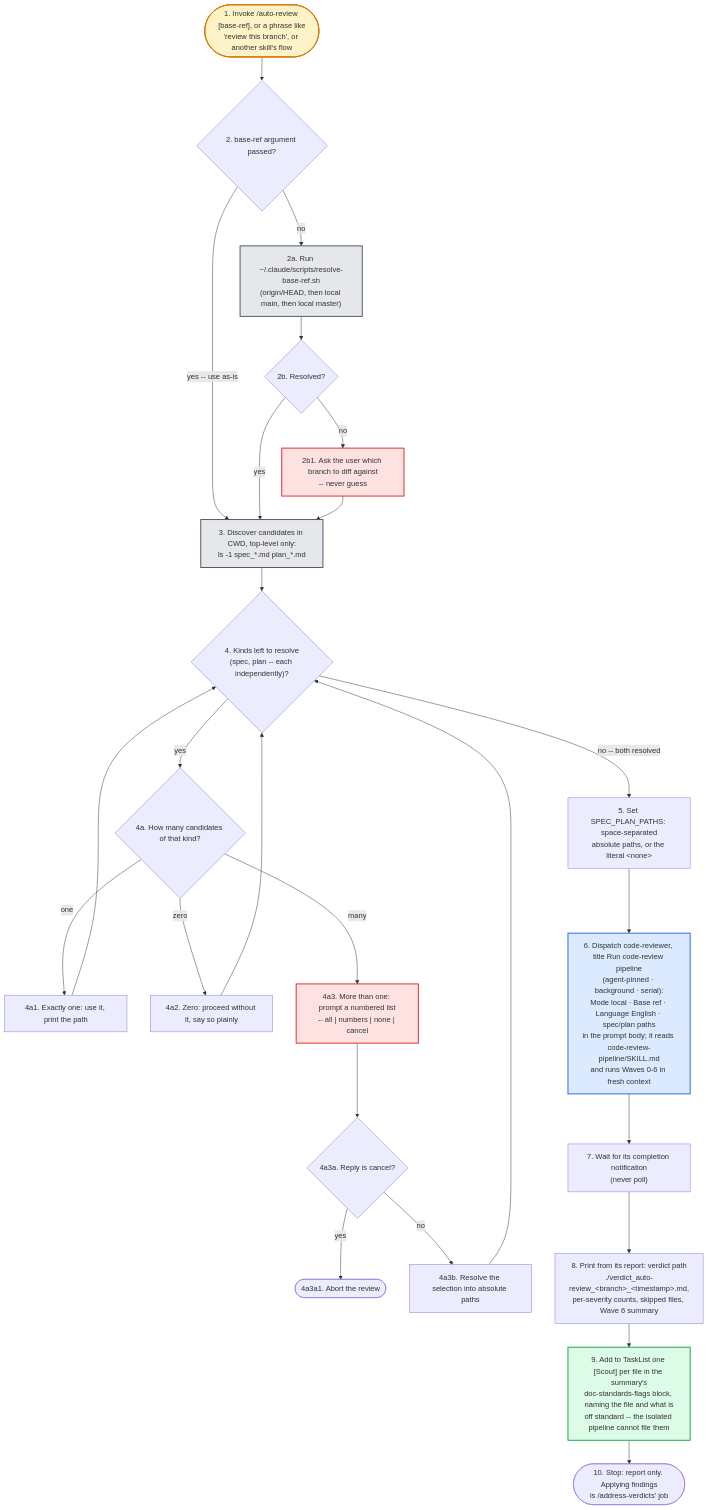
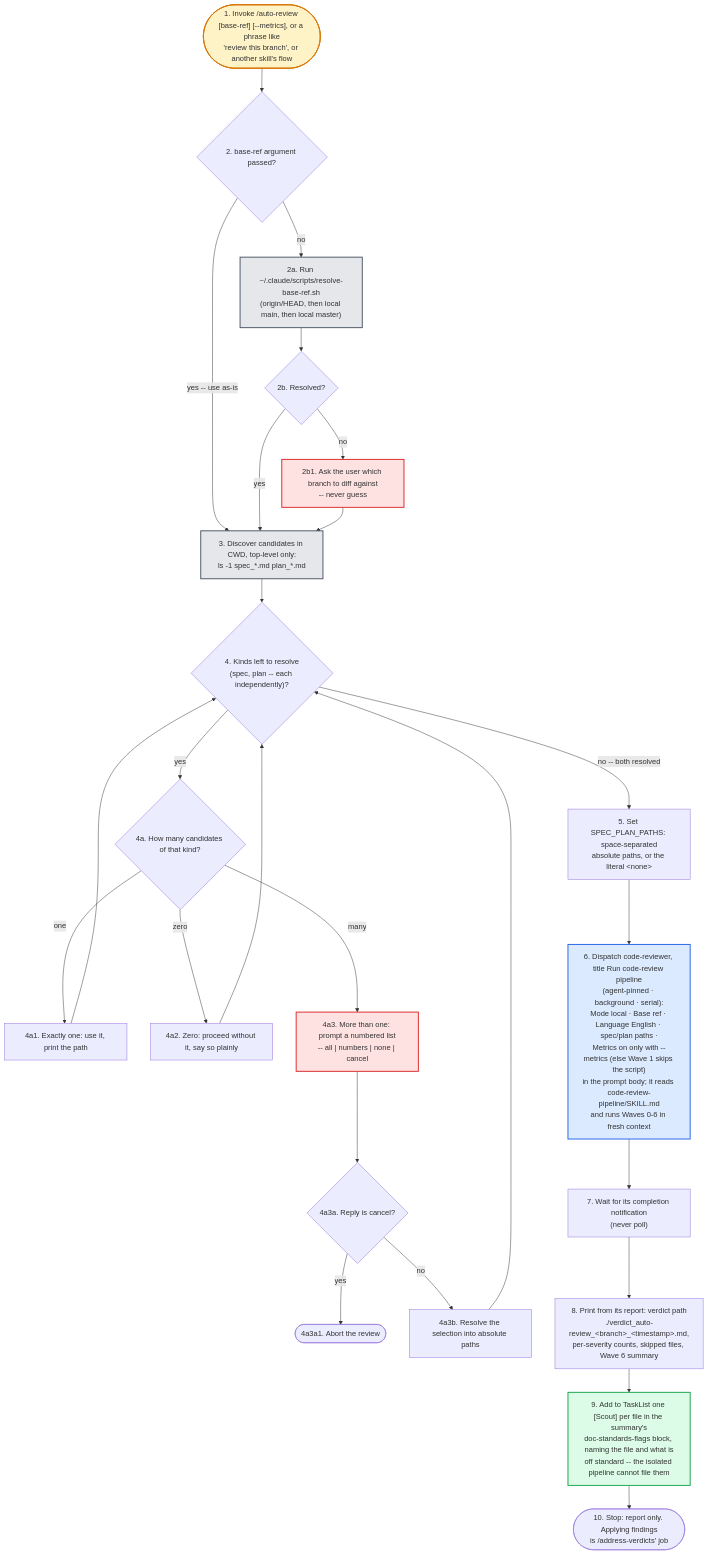
One commit to brunogsa/unix-utils changed the diagram in configs/ai-docs/claude/skills/auto-review/assets/flowchart.md. Above: the diagram before and after it, drawn with Mermaid. The commit also changed other lines of this file and 3 other files, not shown here.

First line of the commit message:
docs(flowcharts): regenerate for metrics-review and the flags

````diff
--- a/configs/ai-docs/claude/skills/auto-review/assets/flowchart.md
+++ b/configs/ai-docs/claude/skills/auto-review/assets/flowchart.md
@@ -70,55 +73,55 @@
 ```mermaid
 flowchart TD
-  n1(["1. Invoke /auto-review [base-ref], or a phrase like<br/>'review this branch', or another skill's flow"]):::start
+  n1(["1. Invoke /auto-review [base-ref] [--metrics], or a phrase like<br/>'review this branch', or another skill's flow"]):::start
   n2{"2. base-ref argument passed?"}
   n2a["2a. Run ~/.claude/scripts/resolve-base-ref.sh<br/>(origin/HEAD, then local main, then local master)"]:::hook
   n2b{"2b. Resolved?"}
   n2b1["2b1. Ask the user which branch to diff against<br/>-- never guess"]:::gate
   n3["3. Discover candidates in CWD, top-level only:<br/>ls -1 spec_*.md plan_*.md"]:::hook
   n4{"4. Kinds left to resolve<br/>(spec, plan -- each independently)?"}
   n4a{"4a. How many candidates of that kind?"}
   n4a1["4a1. Exactly one: use it, print the path"]
   n4a2["4a2. Zero: proceed without it, say so plainly"]
   n4a3["4a3. More than one: prompt a numbered list<br/>-- all | numbers | none | cancel"]:::gate
   n4a3a{"4a3a. Reply is cancel?"}
   n4a3a1(["4a3a1. Abort the review"])
   n4a3b["4a3b. Resolve the selection into absolute paths"]
   n5["5. Set SPEC_PLAN_PATHS: space-separated<br/>absolute paths, or the literal &lt;none&gt;"]
-  n6["6. Dispatch code-reviewer, title Run code-review pipeline<br/>(agent-pinned · background · serial):<br/>Mode local · Base ref · Language English · spec/plan paths<br/>in the prompt body; it reads code-review-pipeline/SKILL.md<br/>and runs Waves 0-6 in fresh context"]:::dispatch
+  n6["6. Dispatch code-reviewer, title Run code-review pipeline<br/>(agent-pinned · background · serial):<br/>Mode local · Base ref · Language English · spec/plan paths ·<br/>Metrics on only with --metrics (else Wave 1 skips the script)<br/>in the prompt body; it reads code-review-pipeline/SKILL.md<br/>and runs Waves 0-6 in fresh context"]:::dispatch
   n7["7. Wait for its completion notification<br/>(never poll)"]
   n8["8. Print from its report: verdict path<br/>./verdict_auto-review_&lt;branch&gt;_&lt;timestamp&gt;.md,<br/>per-severity counts, skipped files, Wave 6 summary"]
   n9["9. Add to TaskList one [Scout] per file in the summary's<br/>doc-standards-flags block, naming the file and what is<br/>off standard -- the isolated pipeline cannot file them"]:::state
   n10(["10. Stop: report only. Applying findings<br/>is /address-verdicts' job"])
 
   n1 --> n2
   n2 -->|"yes -- use as-is"| n3
   n2 -->|"no"| n2a
   n2a --> n2b
   n2b -->|"yes"| n3
   n2b -->|"no"| n2b1
   n2b1 --> n3
   n3 --> n4
   n4 -->|"yes"| n4a
   n4a -->|"one"| n4a1
   n4a -->|"zero"| n4a2
   n4a -->|"many"| n4a3
   n4a3 --> n4a3a
   n4a3a -->|"yes"| n4a3a1
   n4a3a -->|"no"| n4a3b
   n4a1 --> n4
   n4a2 --> n4
   n4a3b --> n4
   n4 -->|"no -- both resolved"| n5
   n5 --> n6
   n6 --> n7
   n7 --> n8
   n8 --> n9
   n9 --> n10
 
   classDef start fill:#fef3c7,stroke:#d97706,stroke-width:2px
   classDef gate fill:#fee2e2,stroke:#dc2626,stroke-width:2px
   classDef dispatch fill:#dbeafe,stroke:#2563eb,stroke-width:2px
   classDef state fill:#dcfce7,stroke:#16a34a,stroke-width:2px
   classDef skill fill:#f3e8ff,stroke:#9333ea,stroke-width:2px
   classDef hook fill:#e5e7eb,stroke:#4b5563,stroke-width:2px
 ```
````
